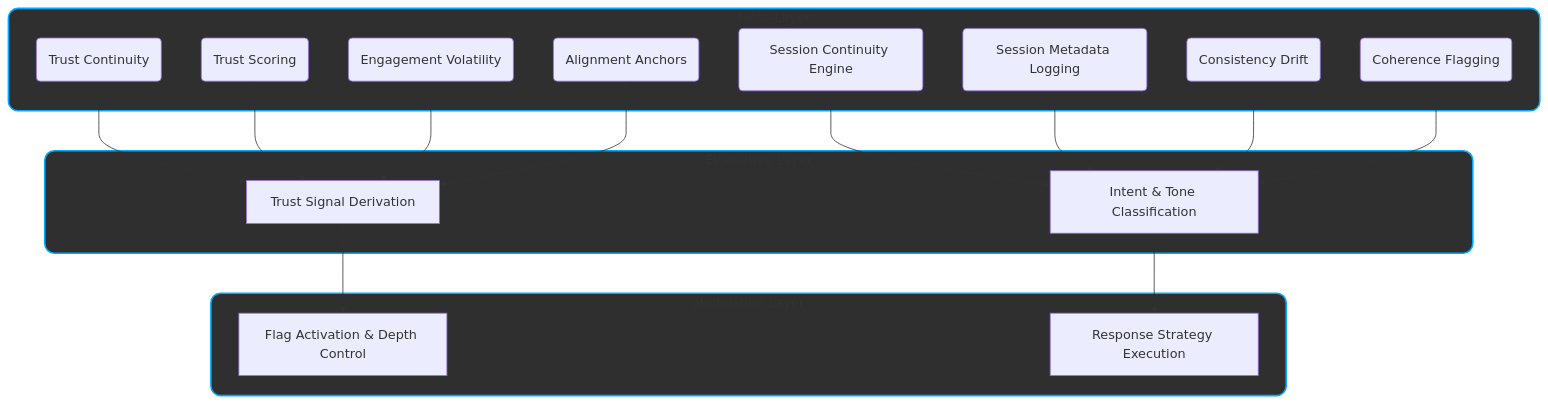
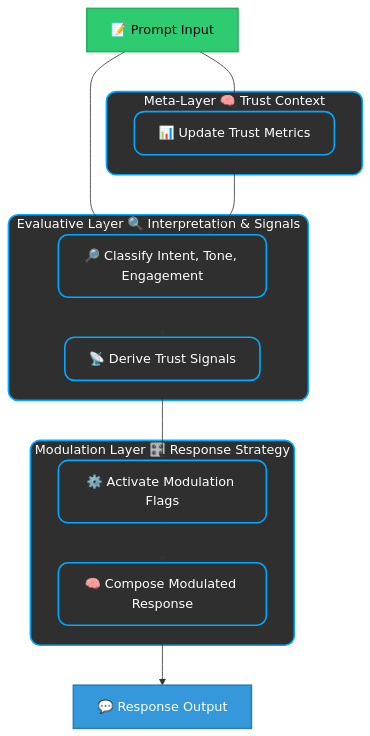
The second of 2 diagrams in paper/reflextrust-core.md (ktjkc/reflextrust), drawn with Mermaid before and after one commit. The commit also changed other lines of this file, not shown here.

````diff
--- a/paper/reflextrust-core.md
+++ b/paper/reflextrust-core.md
@@ -239,40 +582,47 @@
 ```mermaid
-flowchart TB
-    subgraph META["Meta-Layer"]
-        A1(Trust Continuity)
-        A2(Trust Scoring)
-        A3(Session Continuity Engine)
-        A4(Session Metadata Logging)
-        A5(Engagement Volatility)
-        A6(Consistency Drift)
-        A7(Alignment Anchors)
-        A8(Coherence Flagging)
+flowchart TD
+    %% === INPUT ===
+    PI[📝 Prompt Input]
+    class PI io_input;
+
+    %% === META-LAYER ===
+    subgraph META["Meta-Layer 🧠 Trust Context"]
+        M1[📊 Update Trust Metrics]
     end
 
-    subgraph EVAL["Evaluative Layer"]
-        B1[Trust Signal Derivation]
-        B2[Intent & Tone Classification]
+    %% === EVALUATIVE-LAYER ===
+    subgraph EVAL["Evaluative Layer 🔍 Interpretation & Signals"]
+        E2[🔎 Classify Intent, Tone, Engagement]
+        E3[📡 Derive Trust Signals]
     end
 
-    subgraph MOD["Modulation Layer"]
-        C1[Flag Activation & Depth Control]
-        C2[Response Strategy Execution]
+    %% === MODULATION-LAYER ===
+    subgraph MOD["Modulation Layer 🎛️ Response Strategy"]
+        F1[⚙️ Activate Modulation Flags]
+        F2[🧠 Compose Modulated Response]
     end
 
-    A1 --> B1
-    A2 --> B1
-    A3 --> B2
-    A4 --> B2
-    A5 --> B1
-    A6 --> B2
-    A7 --> B1
-    A8 --> B2
+    %% === OUTPUT ===
+    RO[💬 Response Output]
+    class RO io_output;
 
-    B1 --> C1
-    B2 --> C2
+    %% Flow Arrows
+    PI --> M1
+    PI --> E2
+    M1 --> E2
+    E2 --> E3
+    E3 --> F1
+    F1 --> F2
+    F2 --> RO
 
-    classDef layer fill:#2f2f2f,stroke:#00aaff,stroke-width:2px,rx:12,ry:12;
+    %% Layer Styling
+    classDef layer fill:#2f2f2f,stroke:#00aaff,stroke-width:2px,rx:12,ry:12,color:#ffffff;
+
+    %% I/O Styling
+    classDef io_input fill:#2ecc71,color:#000000,stroke:#27ae60,stroke-width:2px;
+    classDef io_output fill:#3498db,color:#ffffff,stroke:#2980b9,stroke-width:2px;
+
+    %% Assign Classes
     class META,EVAL,MOD layer;
-
-
+    class M1,E2,E3,F1,F2 layer;
 ```
````
